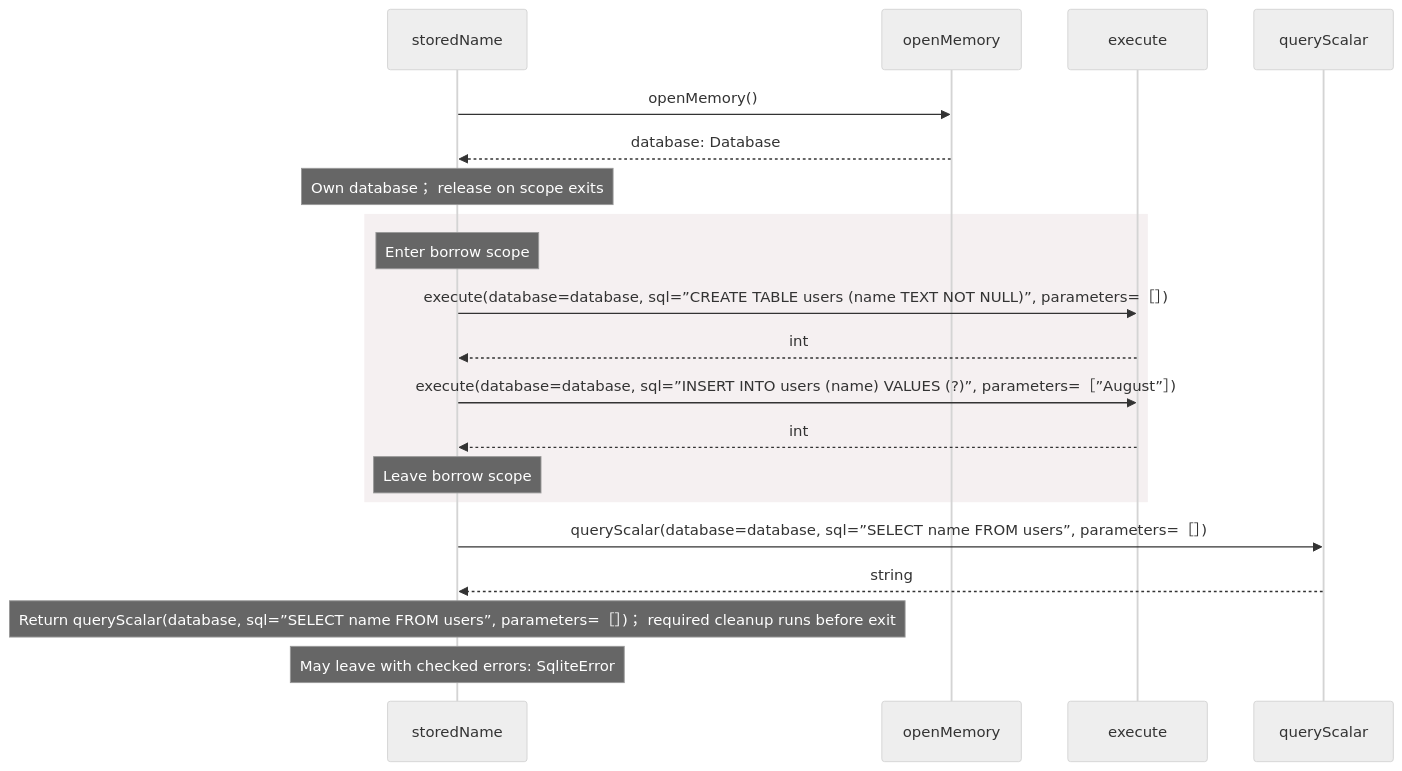
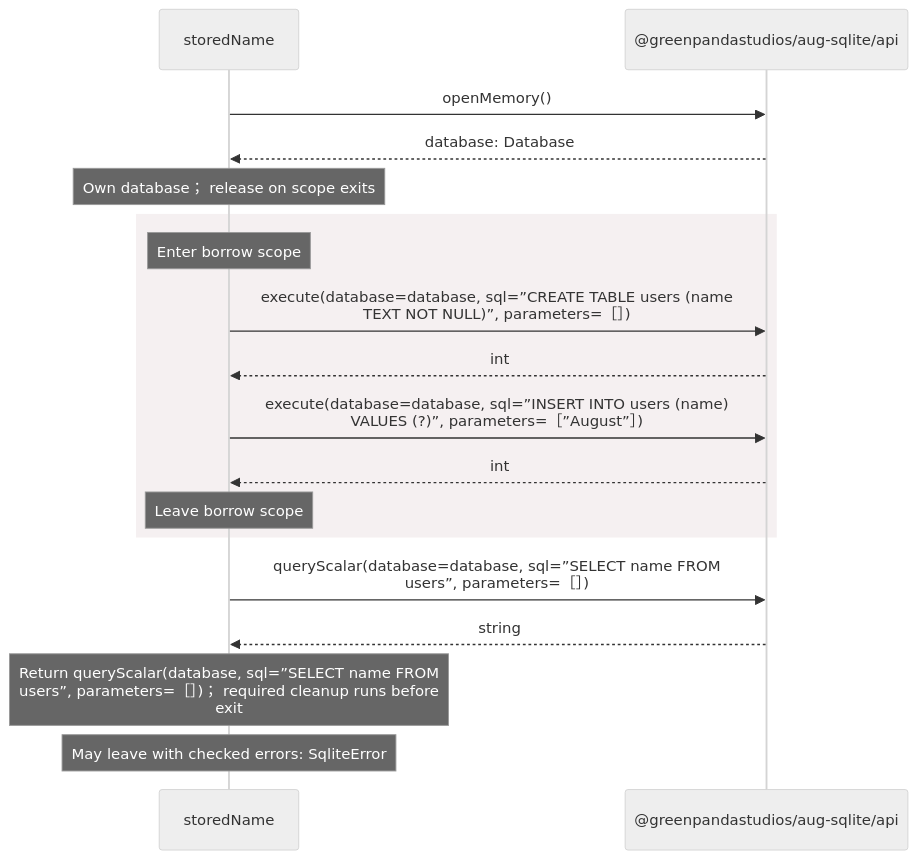
One commit to GreenPandaStudios/augscript changed the second of 2 diagrams in docs/examples/native-sqlite/database-diagrams.md. Above: the diagram before and after it, drawn with Mermaid (neutral theme). The commit also changed 200 other files, not shown here.

Commit message:
Group imported operations and wrap readable sequence messages

````diff
--- a/docs/examples/native-sqlite/database-diagrams.md
+++ b/docs/examples/native-sqlite/database-diagrams.md
@@ -45,22 +45,20 @@
 ```mermaid
 sequenceDiagram
     participant p0 as storedName
-    participant p1 as openMemory
-    participant p2 as execute
-    participant p3 as queryScalar
+    participant p1 as @greenpandastudios/aug-sqlite/api
     p0->>p1: openMemory()
     p1-->>p0: database: Database
     Note over p0: Own database； release on scope exits
     rect rgb(245, 240, 241)
     Note over p0: Enter borrow scope
-    p0->>p2: execute(database=database, sql=”CREATE TABLE users (name TEXT NOT NULL)”, parameters=［］)
-    p2-->>p0: int
-    p0->>p2: execute(database=database, sql=”INSERT INTO users (name) VALUES (?)”, parameters=［”August”］)
-    p2-->>p0: int
+    p0->>p1: execute(database=database, sql=”CREATE TABLE users (name<br/>TEXT NOT NULL)”, parameters=［］)
+    p1-->>p0: int
+    p0->>p1: execute(database=database, sql=”INSERT INTO users (name)<br/>VALUES (?)”, parameters=［”August”］)
+    p1-->>p0: int
     Note over p0: Leave borrow scope
     end
-    p0->>p3: queryScalar(database=database, sql=”SELECT name FROM users”, parameters=［］)
-    p3-->>p0: string
-    Note over p0: Return queryScalar(database, sql=”SELECT name FROM users”, parameters=［］)； required cleanup runs before exit
+    p0->>p1: queryScalar(database=database, sql=”SELECT name FROM<br/>users”, parameters=［］)
+    p1-->>p0: string
+    Note over p0: Return queryScalar(database, sql=”SELECT name FROM<br/>users”, parameters=［］)； required cleanup runs before<br/>exit
     Note over p0: May leave with checked errors: SqliteError
 ```
````
